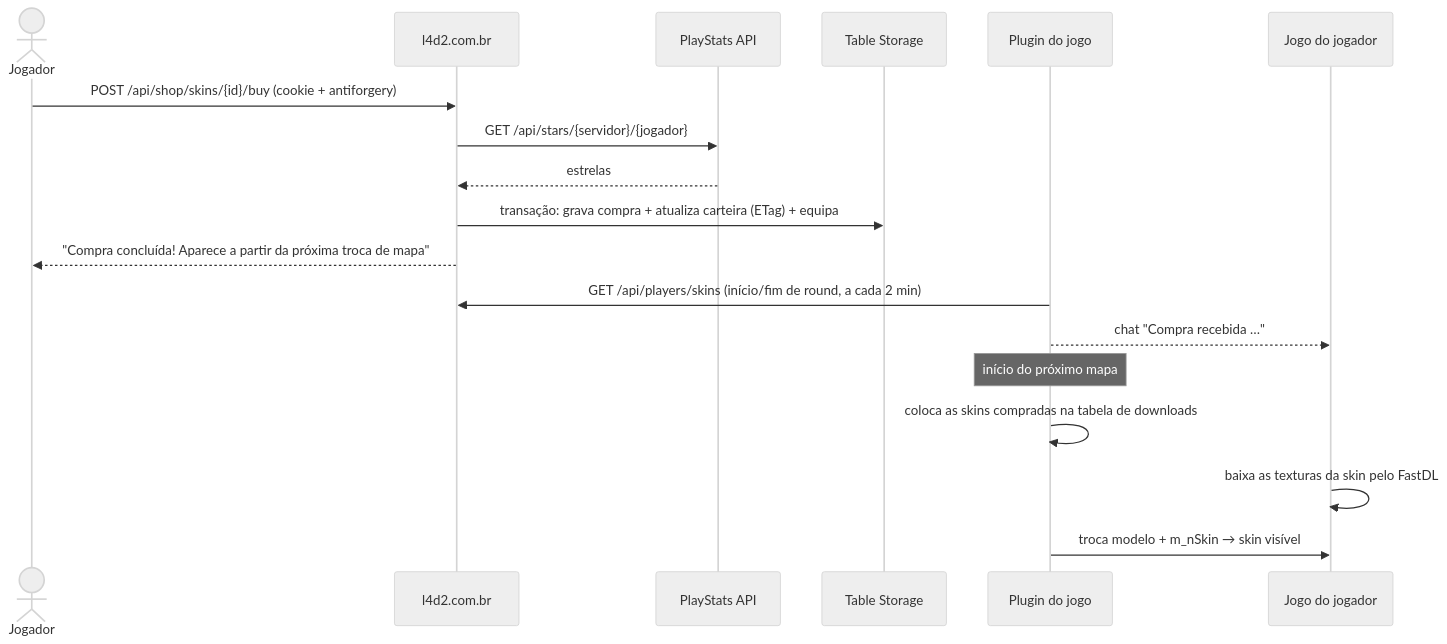
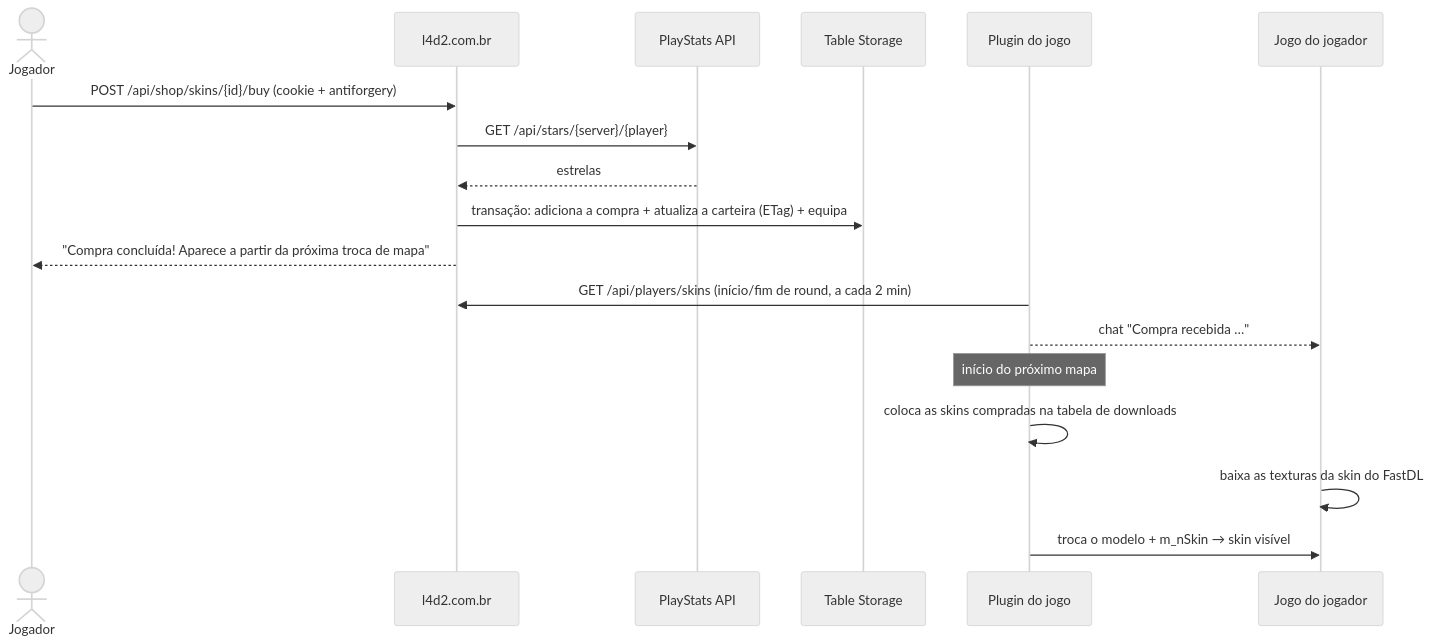
The second of 2 diagrams in docs/weapon-skins/01-overview.pt.md (altair-sossai/l4d2-zone-server), drawn with Mermaid (neutral theme) before and after one commit. The commit also changed other lines of this file and 46 other files, not shown here.

Commit message:
Review every document in docs, fix outdated facts and broken links, translate all of them to English, Portuguese and Spanish, document the Magnum skins and hide the server IP in the connect tutorial screenshot

````diff
--- a/docs/weapon-skins/01-overview.pt.md
+++ b/docs/weapon-skins/01-overview.pt.md
@@ -50,21 +51,21 @@
 ```mermaid
 sequenceDiagram
-    actor Jogador
+    actor Player as Jogador
     participant Web as l4d2.com.br
     participant API as PlayStats API
     participant TS as Table Storage
     participant Plugin as Plugin do jogo
     participant Game as Jogo do jogador
 
-    Jogador->>Web: POST /api/shop/skins/{id}/buy (cookie + antiforgery)
-    Web->>API: GET /api/stars/{servidor}/{jogador}
+    Player->>Web: POST /api/shop/skins/{id}/buy (cookie + antiforgery)
+    Web->>API: GET /api/stars/{server}/{player}
     API-->>Web: estrelas
-    Web->>TS: transação: grava compra + atualiza carteira (ETag) + equipa
-    Web-->>Jogador: "Compra concluída! Aparece a partir da próxima troca de mapa"
+    Web->>TS: transação: adiciona a compra + atualiza a carteira (ETag) + equipa
+    Web-->>Player: "Compra concluída! Aparece a partir da próxima troca de mapa"
     Plugin->>Web: GET /api/players/skins (início/fim de round, a cada 2 min)
     Plugin-->>Game: chat "Compra recebida …"
     Note over Plugin: início do próximo mapa
     Plugin->>Plugin: coloca as skins compradas na tabela de downloads
-    Game->>Game: baixa as texturas da skin pelo FastDL
-    Plugin->>Game: troca modelo + m_nSkin → skin visível
+    Game->>Game: baixa as texturas da skin do FastDL
+    Plugin->>Game: troca o modelo + m_nSkin → skin visível
 ```
````
